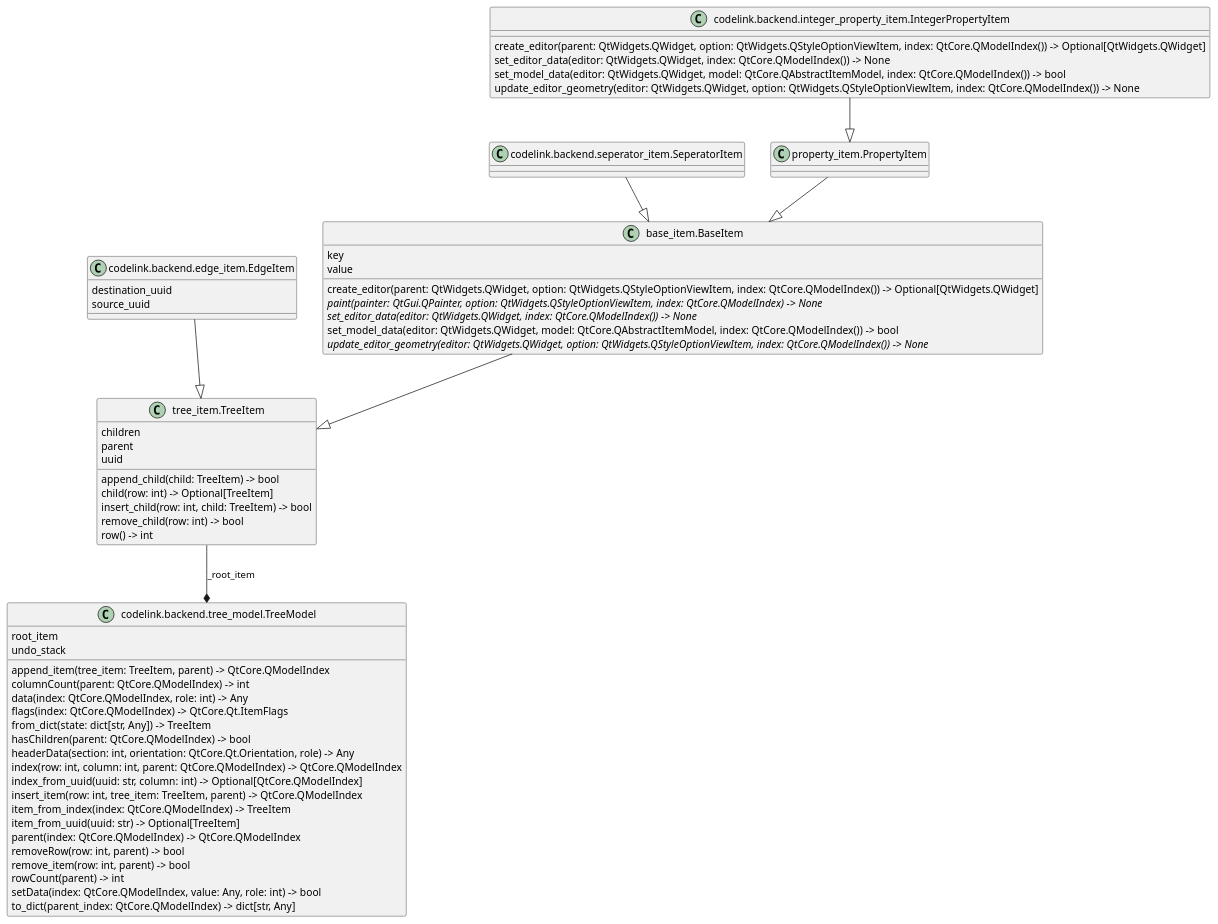
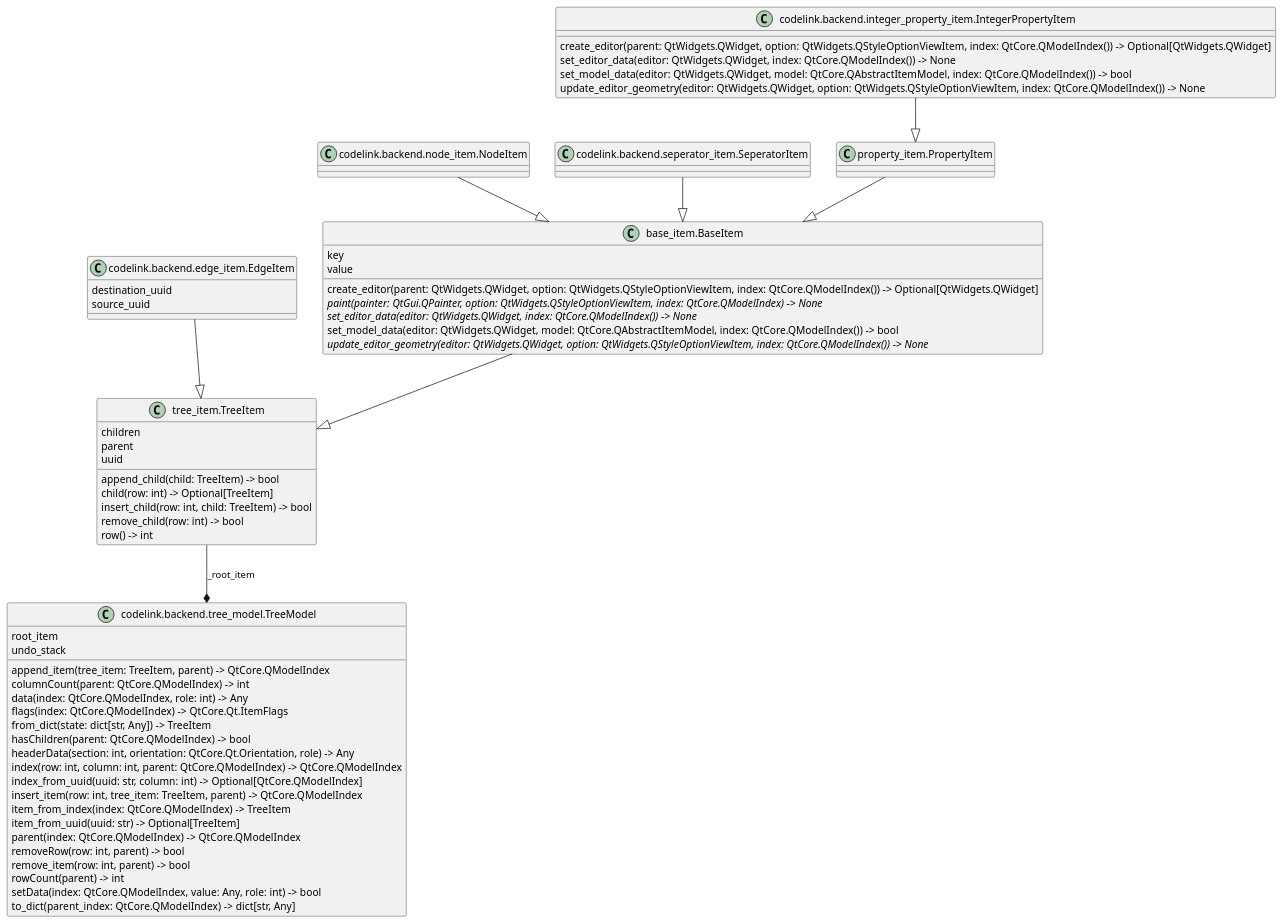
The diagram in src/codelink/backend/classes.puml (j8sr0230/codelink), drawn with PlantUML before and after one commit. The commit also changed 4 other files, not shown here.

```diff
--- a/src/codelink/backend/classes.puml
+++ b/src/codelink/backend/classes.puml
@@ -1,64 +1,67 @@
 @startuml classes
 set namespaceSeparator none
 class "base_item.BaseItem" as base_item.BaseItem {
   key
   value
   create_editor(parent: QtWidgets.QWidget, option: QtWidgets.QStyleOptionViewItem, index: QtCore.QModelIndex()) -> Optional[QtWidgets.QWidget]
   {abstract}paint(painter: QtGui.QPainter, option: QtWidgets.QStyleOptionViewItem, index: QtCore.QModelIndex) -> None
   {abstract}set_editor_data(editor: QtWidgets.QWidget, index: QtCore.QModelIndex()) -> None
   set_model_data(editor: QtWidgets.QWidget, model: QtCore.QAbstractItemModel, index: QtCore.QModelIndex()) -> bool
   {abstract}update_editor_geometry(editor: QtWidgets.QWidget, option: QtWidgets.QStyleOptionViewItem, index: QtCore.QModelIndex()) -> None
 }
 class "codelink.backend.edge_item.EdgeItem" as codelink.backend.edge_item.EdgeItem {
   destination_uuid
   source_uuid
 }
 class "codelink.backend.integer_property_item.IntegerPropertyItem" as codelink.backend.integer_property_item.IntegerPropertyItem {
   create_editor(parent: QtWidgets.QWidget, option: QtWidgets.QStyleOptionViewItem, index: QtCore.QModelIndex()) -> Optional[QtWidgets.QWidget]
   set_editor_data(editor: QtWidgets.QWidget, index: QtCore.QModelIndex()) -> None
   set_model_data(editor: QtWidgets.QWidget, model: QtCore.QAbstractItemModel, index: QtCore.QModelIndex()) -> bool
   update_editor_geometry(editor: QtWidgets.QWidget, option: QtWidgets.QStyleOptionViewItem, index: QtCore.QModelIndex()) -> None
+}
+class "codelink.backend.node_item.NodeItem" as codelink.backend.node_item.NodeItem {
 }
 class "codelink.backend.seperator_item.SeperatorItem" as codelink.backend.seperator_item.SeperatorItem {
 }
 class "codelink.backend.tree_model.TreeModel" as codelink.backend.tree_model.TreeModel {
   root_item
   undo_stack
   append_item(tree_item: TreeItem, parent) -> QtCore.QModelIndex
   columnCount(parent: QtCore.QModelIndex) -> int
   data(index: QtCore.QModelIndex, role: int) -> Any
   flags(index: QtCore.QModelIndex) -> QtCore.Qt.ItemFlags
   from_dict(state: dict[str, Any]) -> TreeItem
   hasChildren(parent: QtCore.QModelIndex) -> bool
   headerData(section: int, orientation: QtCore.Qt.Orientation, role) -> Any
   index(row: int, column: int, parent: QtCore.QModelIndex) -> QtCore.QModelIndex
   index_from_uuid(uuid: str, column: int) -> Optional[QtCore.QModelIndex]
   insert_item(row: int, tree_item: TreeItem, parent) -> QtCore.QModelIndex
   item_from_index(index: QtCore.QModelIndex) -> TreeItem
   item_from_uuid(uuid: str) -> Optional[TreeItem]
   parent(index: QtCore.QModelIndex) -> QtCore.QModelIndex
   removeRow(row: int, parent) -> bool
   remove_item(row: int, parent) -> bool
   rowCount(parent) -> int
   setData(index: QtCore.QModelIndex, value: Any, role: int) -> bool
   to_dict(parent_index: QtCore.QModelIndex) -> dict[str, Any]
 }
 class "property_item.PropertyItem" as property_item.PropertyItem {
 }
 class "tree_item.TreeItem" as tree_item.TreeItem {
   children
   parent
   uuid
   append_child(child: TreeItem) -> bool
   child(row: int) -> Optional[TreeItem]
   insert_child(row: int, child: TreeItem) -> bool
   remove_child(row: int) -> bool
   row() -> int
 }
 base_item.BaseItem --|> tree_item.TreeItem
 codelink.backend.edge_item.EdgeItem --|> tree_item.TreeItem
 codelink.backend.integer_property_item.IntegerPropertyItem --|> property_item.PropertyItem
+codelink.backend.node_item.NodeItem --|> base_item.BaseItem
 codelink.backend.seperator_item.SeperatorItem --|> base_item.BaseItem
 property_item.PropertyItem --|> base_item.BaseItem
 tree_item.TreeItem --* codelink.backend.tree_model.TreeModel : _root_item
 @enduml
```
